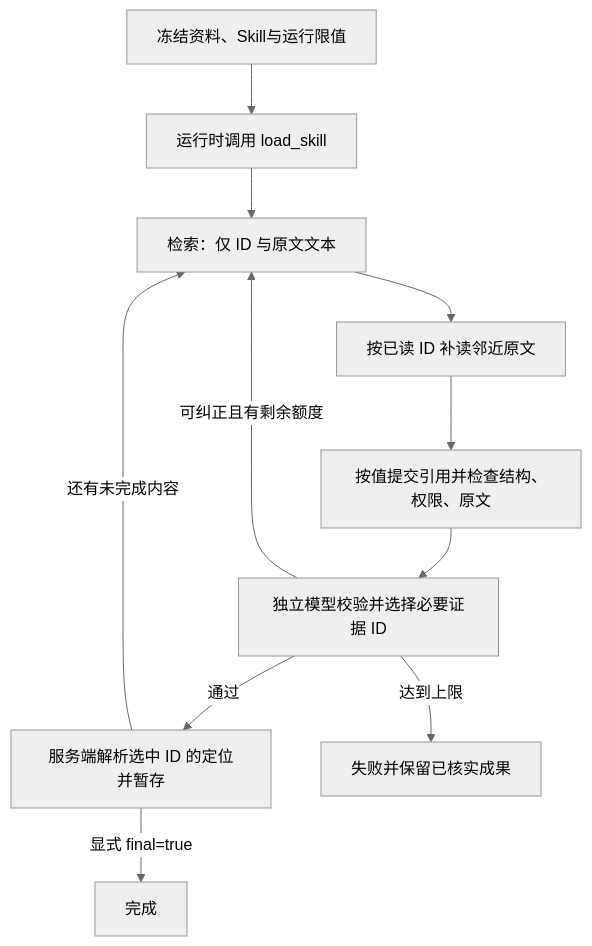
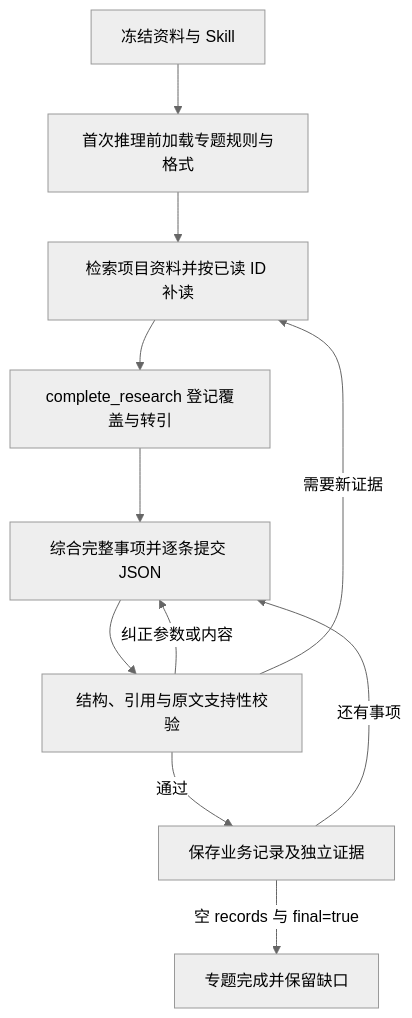
One commit to wph989/AI-tender changed the diagram in docs/工程/14-解析Skill与运行护栏.md. Above: the diagram before and after it, drawn with Mermaid (neutral theme). The commit also changed other lines of this file and 119 other files, not shown here.

````diff
--- a/docs/工程/14-解析Skill与运行护栏.md
+++ b/docs/工程/14-解析Skill与运行护栏.md
@@ -9,13 +9,13 @@
 ```mermaid
 flowchart TD
-    A[冻结资料、Skill与运行限值] --> B[运行时调用 load_skill]
-    B --> C[检索：仅 ID 与原文文本]
-    C --> D[按已读 ID 补读邻近原文]
-    D --> E[按值提交引用并检查结构、权限、原文]
-    E --> F[独立模型校验并选择必要证据 ID]
-    F -->|通过| G[服务端解析选中 ID 的定位并暂存]
-    F -->|可纠正且有剩余额度| C
-    G -->|还有未完成内容| C
-    G -->|显式 final=true| H[完成]
-    F -->|达到上限| I[失败并保留已核实成果]
+    A[冻结资料与 Skill] --> B[首次推理前加载专题规则与格式]
+    B --> C[检索项目资料并按已读 ID 补读]
+    C --> D[complete_research 登记覆盖与转引]
+    D --> E[综合完整事项并逐条提交 JSON]
+    E --> F[结构、引用与原文支持性校验]
+    F -->|通过| G[保存业务记录及独立证据]
+    F -->|纠正参数或内容| E
+    F -->|需要新证据| C
+    G -->|还有事项| E
+    G -->|空 records 与 final=true| H[专题完成并保留缺口]
 ```
````
